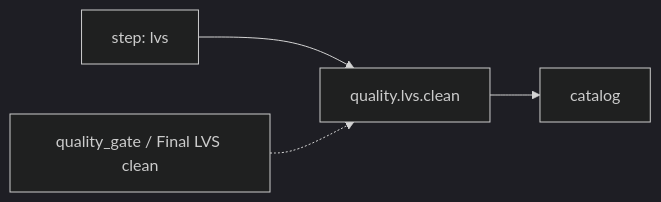
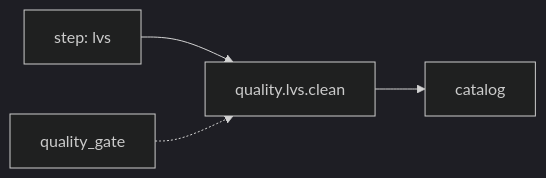
Diagram 11 of 45 in .github/signoff-board/signoff-kanban.md (openecos-projects/ecc), drawn with Mermaid (dark theme) before and after one commit. The commit also changed other lines of this file and 4 other files, not shown here.

````diff
--- a/.github/signoff-board/signoff-kanban.md
+++ b/.github/signoff-board/signoff-kanban.md
@@ -180,6 +350,6 @@
 ```mermaid
 flowchart LR
   step_quality_lvs_clean["step: lvs"] --> metric_quality_lvs_clean["quality.lvs.clean"]
   metric_quality_lvs_clean --> state_quality_lvs_clean["catalog"]
-  catalog_quality_lvs_clean["quality_gate / Final LVS clean"] -.-> metric_quality_lvs_clean
+  cat_quality_lvs_clean["quality_gate"] -.-> metric_quality_lvs_clean
 ```
````
